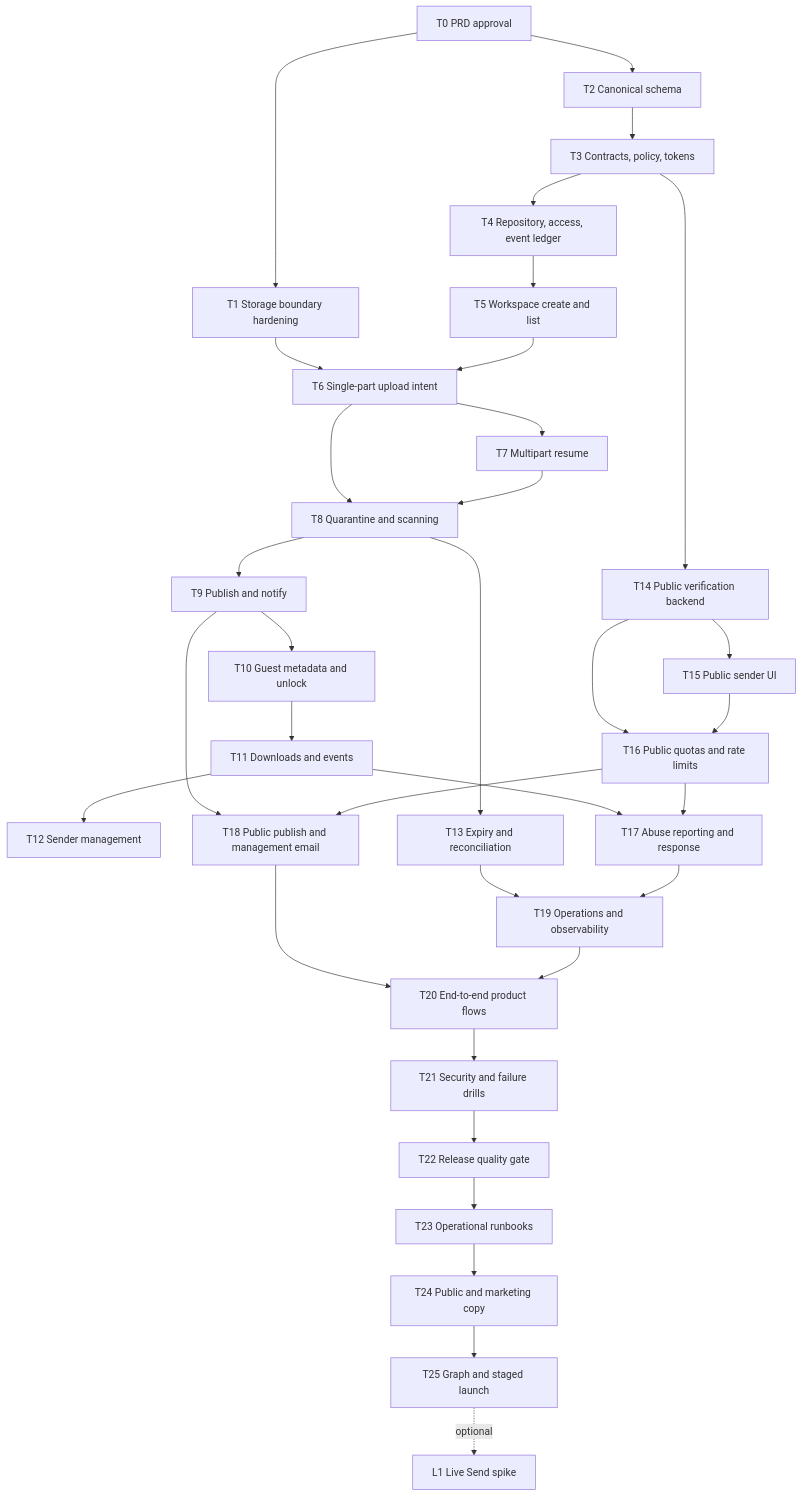
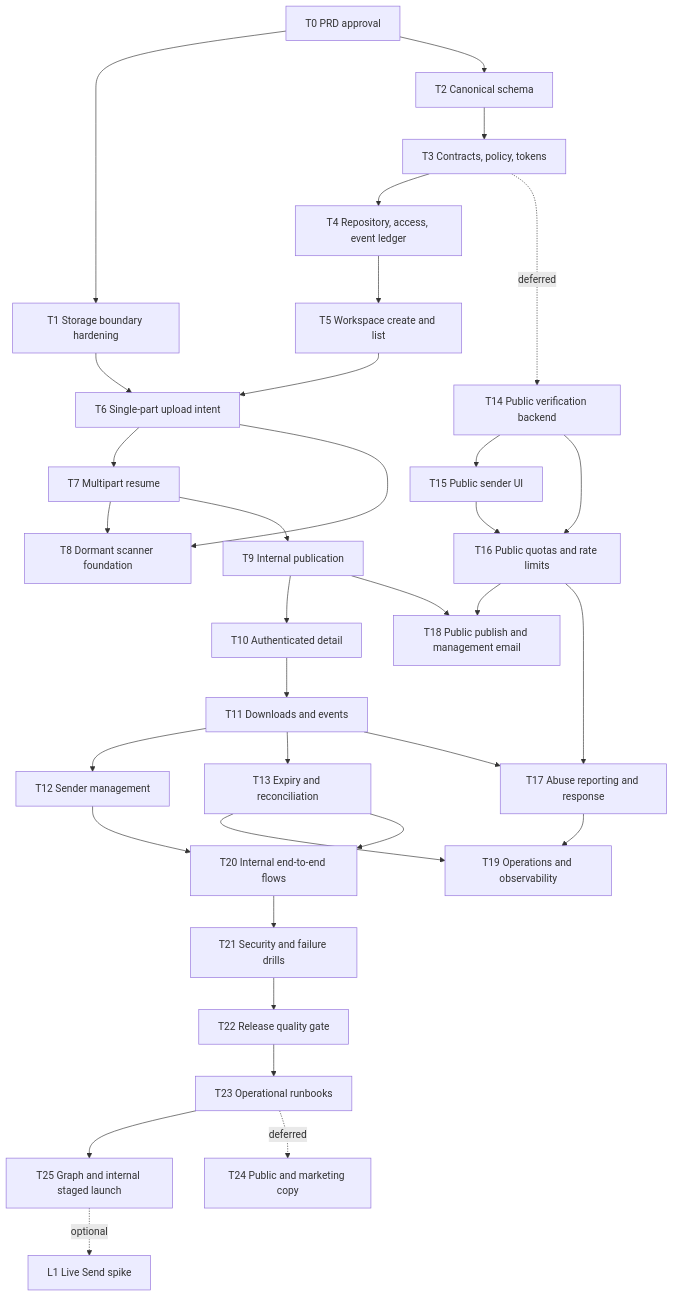
The diagram in docs/superpowers/plans/2026-07-20-send-product-implementation.md (adme-dev/dashboard), drawn with Mermaid before and after one commit. The commit also changed other lines of this file and 11 other files, not shown here.

````diff
--- a/docs/superpowers/plans/2026-07-20-send-product-implementation.md
+++ b/docs/superpowers/plans/2026-07-20-send-product-implementation.md
@@ -37,36 +38,36 @@
 ```mermaid
 flowchart TD
   T0[T0 PRD approval] --> T1[T1 Storage boundary hardening]
   T0 --> T2[T2 Canonical schema]
   T2 --> T3[T3 Contracts, policy, tokens]
   T3 --> T4[T4 Repository, access, event ledger]
   T1 --> T6[T6 Single-part upload intent]
   T4 --> T5[T5 Workspace create and list]
   T5 --> T6
   T6 --> T7[T7 Multipart resume]
-  T6 --> T8[T8 Quarantine and scanning]
+  T6 --> T8[T8 Dormant scanner foundation]
   T7 --> T8
-  T8 --> T9[T9 Publish and notify]
-  T9 --> T10[T10 Guest metadata and unlock]
+  T7 --> T9[T9 Internal publication]
+  T9 --> T10[T10 Authenticated detail]
   T10 --> T11[T11 Downloads and events]
   T11 --> T12[T12 Sender management]
-  T8 --> T13[T13 Expiry and reconciliation]
-  T3 --> T14[T14 Public verification backend]
+  T11 --> T13[T13 Expiry and reconciliation]
+  T3 -. deferred .-> T14[T14 Public verification backend]
   T14 --> T15[T15 Public sender UI]
   T14 --> T16[T16 Public quotas and rate limits]
   T15 --> T16
   T9 --> T18[T18 Public publish and management email]
   T16 --> T18
   T11 --> T17[T17 Abuse reporting and response]
   T16 --> T17
   T13 --> T19[T19 Operations and observability]
   T17 --> T19
-  T18 --> T20[T20 End-to-end product flows]
-  T19 --> T20
+  T12 --> T20[T20 Internal end-to-end flows]
+  T13 --> T20
   T20 --> T21[T21 Security and failure drills]
   T21 --> T22[T22 Release quality gate]
   T22 --> T23[T23 Operational runbooks]
-  T23 --> T24[T24 Public and marketing copy]
-  T24 --> T25[T25 Graph and staged launch]
+  T23 --> T25[T25 Graph and internal staged launch]
+  T23 -. deferred .-> T24[T24 Public and marketing copy]
   T25 -. optional .-> L1[L1 Live Send spike]
 ```
````
